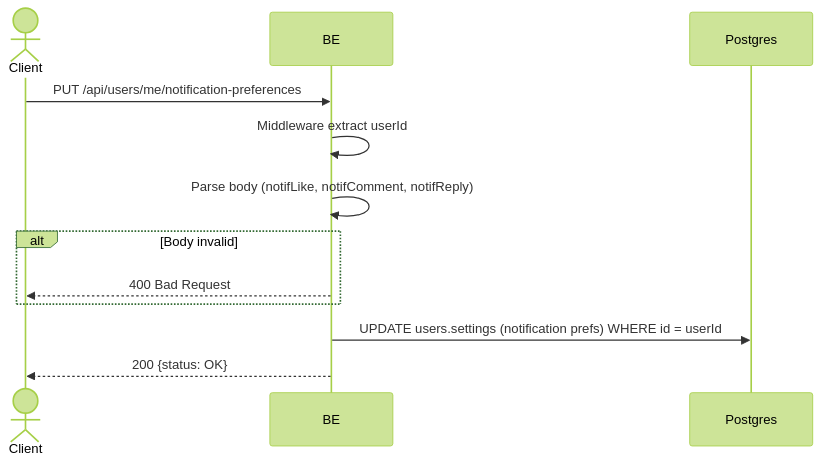
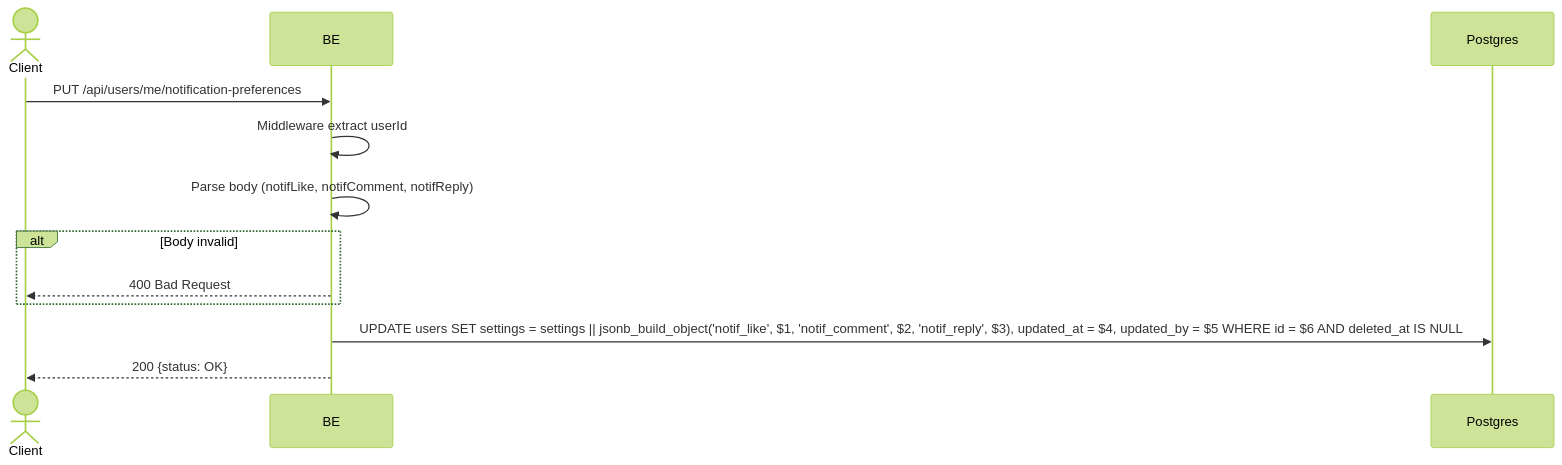
Before and after one commit to ferdian3456/virdanproject: the diagram in docs/flows/en/update_notification_preferences.md, drawn with Mermaid (forest theme). The commit also changed other lines of this file and 67 other files, not shown here.

First line of the commit message:
Audit and fix API flow docs; add missing Payment/Chat documentation (#42)

````diff
--- a/docs/flows/en/update_notification_preferences.md
+++ b/docs/flows/en/update_notification_preferences.md
@@ -13,15 +13,15 @@
 ```mermaid
 sequenceDiagram
     actor Client
     participant BE
     participant Postgres
 
     Client->>BE: PUT /api/users/me/notification-preferences
     BE->>BE: Middleware extract userId
     BE->>BE: Parse body (notifLike, notifComment, notifReply)
     alt Body invalid
         BE-->>Client: 400 Bad Request
     end
-    BE->>Postgres: UPDATE users.settings (notification prefs) WHERE id = userId
+    BE->>Postgres: UPDATE users SET settings = settings || jsonb_build_object('notif_like', $1, 'notif_comment', $2, 'notif_reply', $3), updated_at = $4, updated_by = $5 WHERE id = $6 AND deleted_at IS NULL
     BE-->>Client: 200 {status: OK}
 ```
````
